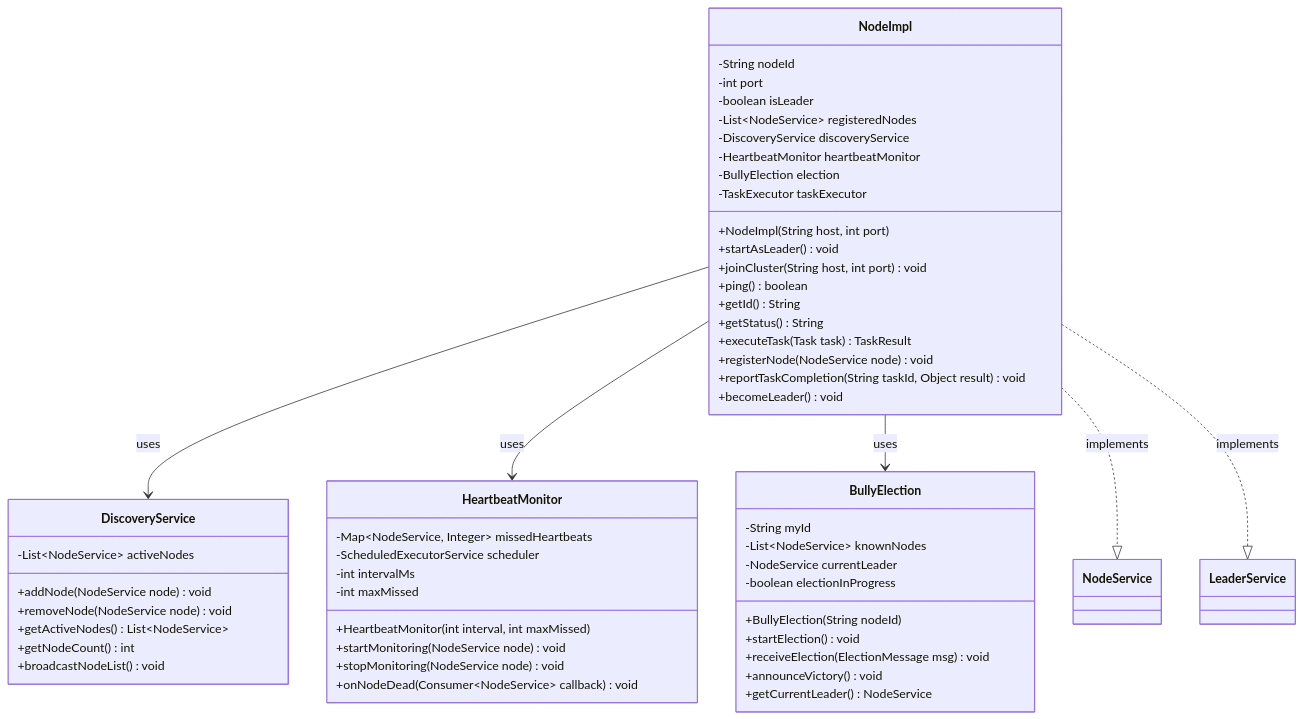
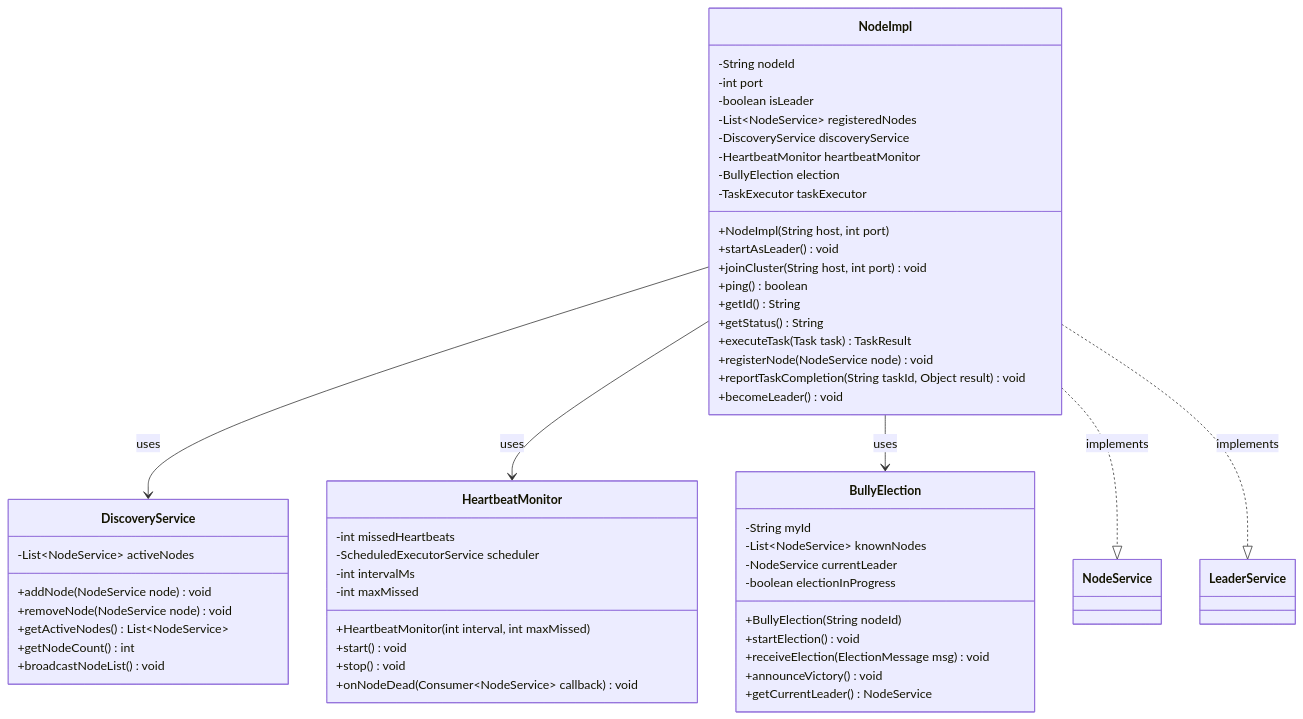
Before and after one commit to lucadileo9/hecaton: the first of 3 diagrams in docs/components/node.md, drawn with Mermaid. The commit also changed other lines of this file and 1 other file, not shown here.

````diff
--- a/docs/components/node.md
+++ b/docs/components/node.md
@@ -28,63 +28,63 @@
 ```mermaid
 classDiagram
     direction TB
     
     class NodeImpl {
         -String nodeId
         -int port
         -boolean isLeader
         -List~NodeService~ registeredNodes
         -DiscoveryService discoveryService
         -HeartbeatMonitor heartbeatMonitor
         -BullyElection election
         -TaskExecutor taskExecutor
         +NodeImpl(String host, int port)
         +startAsLeader() void
         +joinCluster(String host, int port) void
         +ping() boolean
         +getId() String
         +getStatus() String
         +executeTask(Task task) TaskResult
         +registerNode(NodeService node) void
         +reportTaskCompletion(String taskId, Object result) void
         +becomeLeader() void
     }
     
     class DiscoveryService {
         -List~NodeService~ activeNodes
         +addNode(NodeService node) void
         +removeNode(NodeService node) void
         +getActiveNodes() List~NodeService~
         +getNodeCount() int
         +broadcastNodeList() void
     }
     
     class HeartbeatMonitor {
-        -Map~NodeService, Integer~ missedHeartbeats
+        -int missedHeartbeats
         -ScheduledExecutorService scheduler
         -int intervalMs
         -int maxMissed
         +HeartbeatMonitor(int interval, int maxMissed)
-        +startMonitoring(NodeService node) void
-        +stopMonitoring(NodeService node) void
+        +start() void
+        +stop() void
         +onNodeDead(Consumer~NodeService~ callback) void
     }
     
     class BullyElection {
         -String myId
         -List~NodeService~ knownNodes
         -NodeService currentLeader
         -boolean electionInProgress
         +BullyElection(String nodeId)
         +startElection() void
         +receiveElection(ElectionMessage msg) void
         +announceVictory() void
         +getCurrentLeader() NodeService
     }
     
     NodeImpl --> DiscoveryService : uses
     NodeImpl --> HeartbeatMonitor : uses
     NodeImpl --> BullyElection : uses
     NodeImpl ..|> NodeService : implements
     NodeImpl ..|> LeaderService : implements
 ```
````
